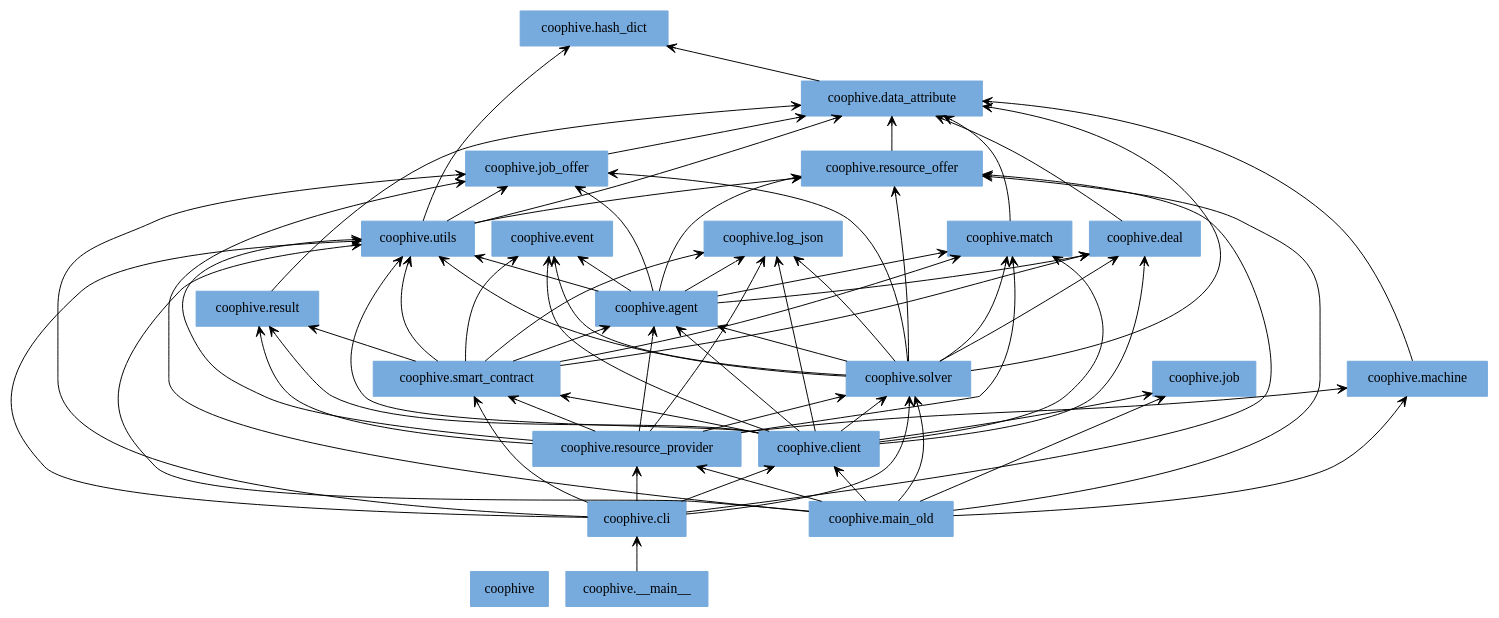
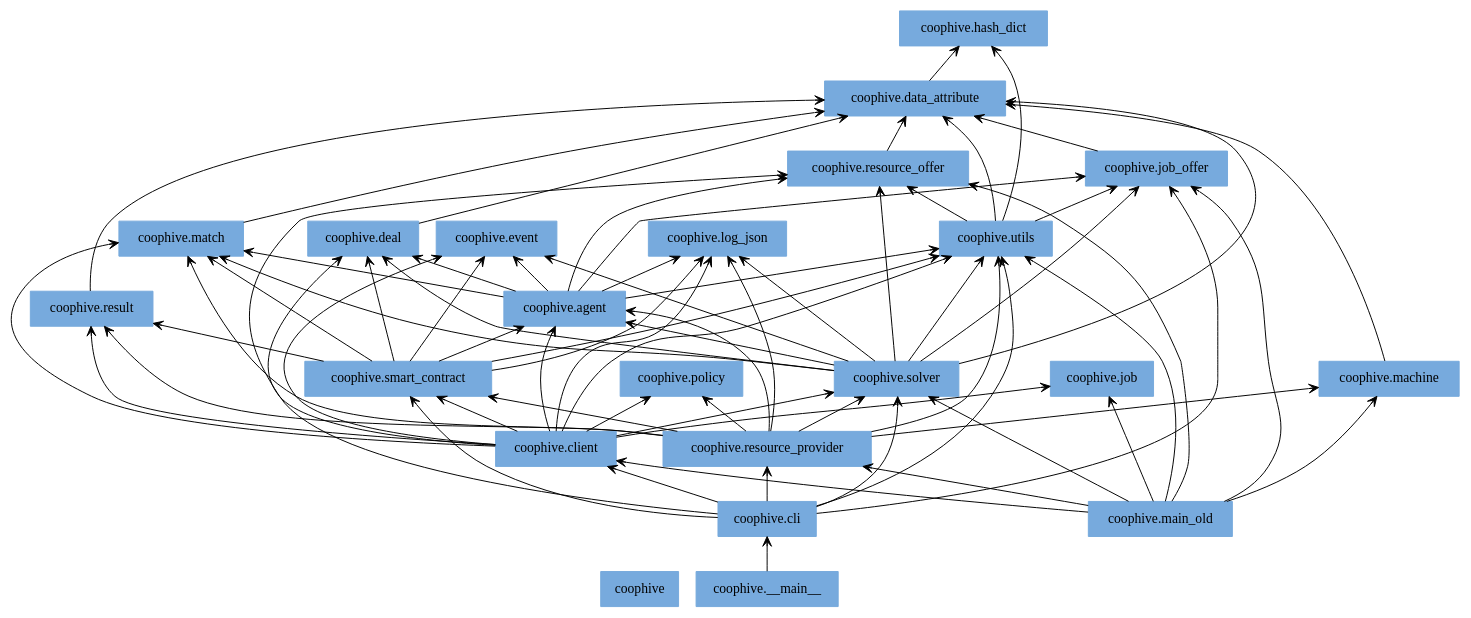
One commit to CoopHive/Apiary changed the diagram in docs/img/packages_coophive.dot. Above: the diagram before and after it, drawn with Graphviz. The commit also changed 4 other files, not shown here.

```diff
--- a/docs/img/packages_coophive.dot
+++ b/docs/img/packages_coophive.dot
@@ -1,93 +1,96 @@
 digraph "packages_coophive" {
 rankdir=BT
 charset="utf-8"
 "coophive" [color="#77AADD", label=<coophive>, shape="box", style="filled"];
 "coophive.__main__" [color="#77AADD", label=<coophive.__main__>, shape="box", style="filled"];
 "coophive.agent" [color="#77AADD", label=<coophive.agent>, shape="box", style="filled"];
 "coophive.cli" [color="#77AADD", label=<coophive.cli>, shape="box", style="filled"];
 "coophive.client" [color="#77AADD", label=<coophive.client>, shape="box", style="filled"];
 "coophive.data_attribute" [color="#77AADD", label=<coophive.data_attribute>, shape="box", style="filled"];
 "coophive.deal" [color="#77AADD", label=<coophive.deal>, shape="box", style="filled"];
 "coophive.event" [color="#77AADD", label=<coophive.event>, shape="box", style="filled"];
 "coophive.hash_dict" [color="#77AADD", label=<coophive.hash_dict>, shape="box", style="filled"];
 "coophive.job" [color="#77AADD", label=<coophive.job>, shape="box", style="filled"];
 "coophive.job_offer" [color="#77AADD", label=<coophive.job_offer>, shape="box", style="filled"];
 "coophive.log_json" [color="#77AADD", label=<coophive.log_json>, shape="box", style="filled"];
 "coophive.machine" [color="#77AADD", label=<coophive.machine>, shape="box", style="filled"];
 "coophive.main_old" [color="#77AADD", label=<coophive.main_old>, shape="box", style="filled"];
 "coophive.match" [color="#77AADD", label=<coophive.match>, shape="box", style="filled"];
+"coophive.policy" [color="#77AADD", label=<coophive.policy>, shape="box", style="filled"];
 "coophive.resource_offer" [color="#77AADD", label=<coophive.resource_offer>, shape="box", style="filled"];
 "coophive.resource_provider" [color="#77AADD", label=<coophive.resource_provider>, shape="box", style="filled"];
 "coophive.result" [color="#77AADD", label=<coophive.result>, shape="box", style="filled"];
 "coophive.smart_contract" [color="#77AADD", label=<coophive.smart_contract>, shape="box", style="filled"];
 "coophive.solver" [color="#77AADD", label=<coophive.solver>, shape="box", style="filled"];
 "coophive.utils" [color="#77AADD", label=<coophive.utils>, shape="box", style="filled"];
 "coophive.__main__" -> "coophive.cli" [arrowhead="open", arrowtail="none"];
 "coophive.agent" -> "coophive.deal" [arrowhead="open", arrowtail="none"];
 "coophive.agent" -> "coophive.event" [arrowhead="open", arrowtail="none"];
 "coophive.agent" -> "coophive.job_offer" [arrowhead="open", arrowtail="none"];
 "coophive.agent" -> "coophive.log_json" [arrowhead="open", arrowtail="none"];
 "coophive.agent" -> "coophive.match" [arrowhead="open", arrowtail="none"];
 "coophive.agent" -> "coophive.resource_offer" [arrowhead="open", arrowtail="none"];
 "coophive.agent" -> "coophive.utils" [arrowhead="open", arrowtail="none"];
 "coophive.cli" -> "coophive.client" [arrowhead="open", arrowtail="none"];
 "coophive.cli" -> "coophive.job_offer" [arrowhead="open", arrowtail="none"];
 "coophive.cli" -> "coophive.resource_offer" [arrowhead="open", arrowtail="none"];
 "coophive.cli" -> "coophive.resource_provider" [arrowhead="open", arrowtail="none"];
 "coophive.cli" -> "coophive.smart_contract" [arrowhead="open", arrowtail="none"];
 "coophive.cli" -> "coophive.solver" [arrowhead="open", arrowtail="none"];
 "coophive.cli" -> "coophive.utils" [arrowhead="open", arrowtail="none"];
 "coophive.client" -> "coophive.agent" [arrowhead="open", arrowtail="none"];
 "coophive.client" -> "coophive.deal" [arrowhead="open", arrowtail="none"];
 "coophive.client" -> "coophive.event" [arrowhead="open", arrowtail="none"];
 "coophive.client" -> "coophive.job" [arrowhead="open", arrowtail="none"];
 "coophive.client" -> "coophive.log_json" [arrowhead="open", arrowtail="none"];
 "coophive.client" -> "coophive.match" [arrowhead="open", arrowtail="none"];
+"coophive.client" -> "coophive.policy" [arrowhead="open", arrowtail="none"];
 "coophive.client" -> "coophive.result" [arrowhead="open", arrowtail="none"];
 "coophive.client" -> "coophive.smart_contract" [arrowhead="open", arrowtail="none"];
 "coophive.client" -> "coophive.solver" [arrowhead="open", arrowtail="none"];
 "coophive.client" -> "coophive.utils" [arrowhead="open", arrowtail="none"];
 "coophive.data_attribute" -> "coophive.hash_dict" [arrowhead="open", arrowtail="none"];
 "coophive.deal" -> "coophive.data_attribute" [arrowhead="open", arrowtail="none"];
 "coophive.job_offer" -> "coophive.data_attribute" [arrowhead="open", arrowtail="none"];
 "coophive.machine" -> "coophive.data_attribute" [arrowhead="open", arrowtail="none"];
 "coophive.main_old" -> "coophive.client" [arrowhead="open", arrowtail="none"];
 "coophive.main_old" -> "coophive.job" [arrowhead="open", arrowtail="none"];
 "coophive.main_old" -> "coophive.job_offer" [arrowhead="open", arrowtail="none"];
 "coophive.main_old" -> "coophive.machine" [arrowhead="open", arrowtail="none"];
 "coophive.main_old" -> "coophive.resource_offer" [arrowhead="open", arrowtail="none"];
 "coophive.main_old" -> "coophive.resource_provider" [arrowhead="open", arrowtail="none"];
 "coophive.main_old" -> "coophive.solver" [arrowhead="open", arrowtail="none"];
 "coophive.main_old" -> "coophive.utils" [arrowhead="open", arrowtail="none"];
 "coophive.match" -> "coophive.data_attribute" [arrowhead="open", arrowtail="none"];
 "coophive.resource_offer" -> "coophive.data_attribute" [arrowhead="open", arrowtail="none"];
 "coophive.resource_provider" -> "coophive.agent" [arrowhead="open", arrowtail="none"];
 "coophive.resource_provider" -> "coophive.log_json" [arrowhead="open", arrowtail="none"];
 "coophive.resource_provider" -> "coophive.machine" [arrowhead="open", arrowtail="none"];
 "coophive.resource_provider" -> "coophive.match" [arrowhead="open", arrowtail="none"];
+"coophive.resource_provider" -> "coophive.policy" [arrowhead="open", arrowtail="none"];
 "coophive.resource_provider" -> "coophive.result" [arrowhead="open", arrowtail="none"];
 "coophive.resource_provider" -> "coophive.smart_contract" [arrowhead="open", arrowtail="none"];
 "coophive.resource_provider" -> "coophive.solver" [arrowhead="open", arrowtail="none"];
 "coophive.resource_provider" -> "coophive.utils" [arrowhead="open", arrowtail="none"];
 "coophive.result" -> "coophive.data_attribute" [arrowhead="open", arrowtail="none"];
 "coophive.smart_contract" -> "coophive.agent" [arrowhead="open", arrowtail="none"];
 "coophive.smart_contract" -> "coophive.deal" [arrowhead="open", arrowtail="none"];
 "coophive.smart_contract" -> "coophive.event" [arrowhead="open", arrowtail="none"];
 "coophive.smart_contract" -> "coophive.log_json" [arrowhead="open", arrowtail="none"];
 "coophive.smart_contract" -> "coophive.match" [arrowhead="open", arrowtail="none"];
 "coophive.smart_contract" -> "coophive.result" [arrowhead="open", arrowtail="none"];
 "coophive.smart_contract" -> "coophive.utils" [arrowhead="open", arrowtail="none"];
 "coophive.solver" -> "coophive.agent" [arrowhead="open", arrowtail="none"];
 "coophive.solver" -> "coophive.data_attribute" [arrowhead="open", arrowtail="none"];
 "coophive.solver" -> "coophive.deal" [arrowhead="open", arrowtail="none"];
 "coophive.solver" -> "coophive.event" [arrowhead="open", arrowtail="none"];
 "coophive.solver" -> "coophive.job_offer" [arrowhead="open", arrowtail="none"];
 "coophive.solver" -> "coophive.log_json" [arrowhead="open", arrowtail="none"];
 "coophive.solver" -> "coophive.match" [arrowhead="open", arrowtail="none"];
 "coophive.solver" -> "coophive.resource_offer" [arrowhead="open", arrowtail="none"];
 "coophive.solver" -> "coophive.utils" [arrowhead="open", arrowtail="none"];
 "coophive.utils" -> "coophive.data_attribute" [arrowhead="open", arrowtail="none"];
 "coophive.utils" -> "coophive.hash_dict" [arrowhead="open", arrowtail="none"];
 "coophive.utils" -> "coophive.job_offer" [arrowhead="open", arrowtail="none"];
 "coophive.utils" -> "coophive.resource_offer" [arrowhead="open", arrowtail="none"];
 }
```
